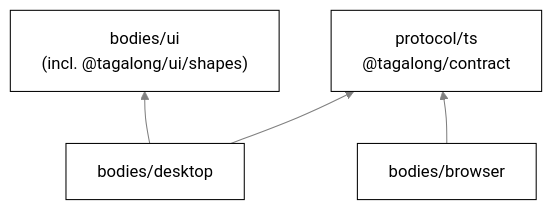
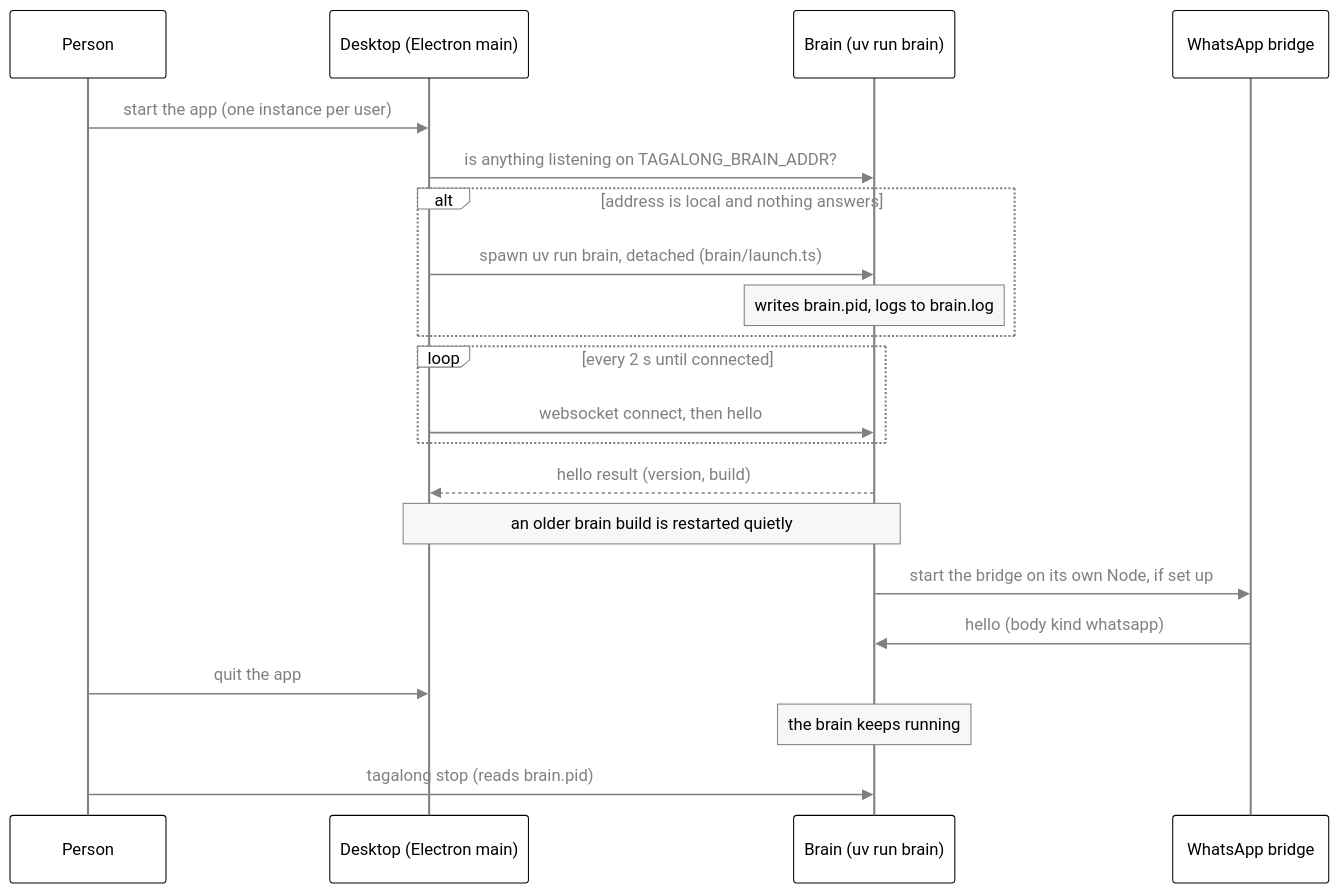
Before and after one commit to nadeem4/tagalong: the second of 4 diagrams in docs/architecture.md, drawn with Mermaid. The commit also changed other lines of this file and 6 other files, not shown here.

First line of the commit message:
docs: architecture overview, reading paths and protocol session flow (#432)

````diff
--- a/docs/architecture.md
+++ b/docs/architecture.md
@@ -83,11 +79,24 @@
 ```mermaid
-%%{init: {"theme": "base", "themeVariables": {"primaryColor": "#ffffff", "primaryTextColor": "#000000", "primaryBorderColor": "#000000", "lineColor": "#808080", "arrowheadColor": "#808080", "secondaryColor": "#f2f2f2", "tertiaryColor": "#ffffff", "clusterBkg": "#f7f7f7", "clusterBorder": "#808080", "edgeLabelBackground": "#ffffff", "titleColor": "#808080", "actorBkg": "#ffffff", "actorBorder": "#000000", "actorTextColor": "#000000", "actorLineColor": "#808080", "signalColor": "#808080", "signalTextColor": "#808080", "sequenceNumberColor": "#ffffff", "labelBoxBkgColor": "#ffffff", "labelBoxBorderColor": "#808080", "labelTextColor": "#000000", "loopTextColor": "#808080", "noteBkgColor": "#f7f7f7", "noteBorderColor": "#808080", "noteTextColor": "#000000", "activationBkgColor": "#f7f7f7", "activationBorderColor": "#808080", "fontFamily": "Segoe UI, Helvetica, Arial, sans-serif"}}}%%
-flowchart BT
-  U["bodies/ui<br>(incl. @tagalong/ui/shapes)"]
-  D["bodies/desktop"]
-  X["bodies/browser"]
-  D --> U
-  D --> K
-  K["protocol/ts<br>@tagalong/contract"]
-  X --> K
+%%{init: {"theme": "base", "themeVariables": {"primaryColor": "#ffffff", "primaryTextColor": "#000000", "primaryBorderColor": "#000000", "lineColor": "#808080", "arrowheadColor": "#808080", "secondaryColor": "#f2f2f2", "tertiaryColor": "#ffffff", "clusterBkg": "#f7f7f7", "clusterBorder": "#808080", "edgeLabelBackground": "#ffffff", "titleColor": "#808080", "actorBkg": "#ffffff", "actorBorder": "#000000", "actorTextColor": "#000000", "actorLineColor": "#808080", "signalColor": "#808080", "signalTextColor": "#808080", "sequenceNumberColor": "#ffffff", "labelBoxBkgColor": "#ffffff", "labelBoxBorderColor": "#808080", "labelTextColor": "#000000", "loopTextColor": "#808080", "noteBkgColor": "#f7f7f7", "noteBorderColor": "#808080", "noteTextColor": "#000000", "activationBkgColor": "#f7f7f7", "activationBorderColor": "#808080", "fontFamily": "Segoe UI, Helvetica, Arial, sans-serif"}, "themeCSS": ".relationshipLabelBox{opacity:1} .relationshipLabelBox rect{opacity:1}"}}%%
+sequenceDiagram
+  participant P as Person
+  participant D as Desktop (Electron main)
+  participant B as Brain (uv run brain)
+  participant W as WhatsApp bridge
+  P->>D: start the app (one instance per user)
+  D->>B: is anything listening on TAGALONG_BRAIN_ADDR?
+  alt address is local and nothing answers
+    D->>B: spawn uv run brain, detached (brain/launch.ts)
+    Note over B: writes brain.pid, logs to brain.log
+  end
+  loop every 2 s until connected
+    D->>B: websocket connect, then hello
+  end
+  B-->>D: hello result (version, build)
+  Note over D,B: an older brain build is restarted quietly
+  B->>W: start the bridge on its own Node, if set up
+  W->>B: hello (body kind whatsapp)
+  P->>D: quit the app
+  Note over B: the brain keeps running
+  P->>B: tagalong stop (reads brain.pid)
 ```
````
